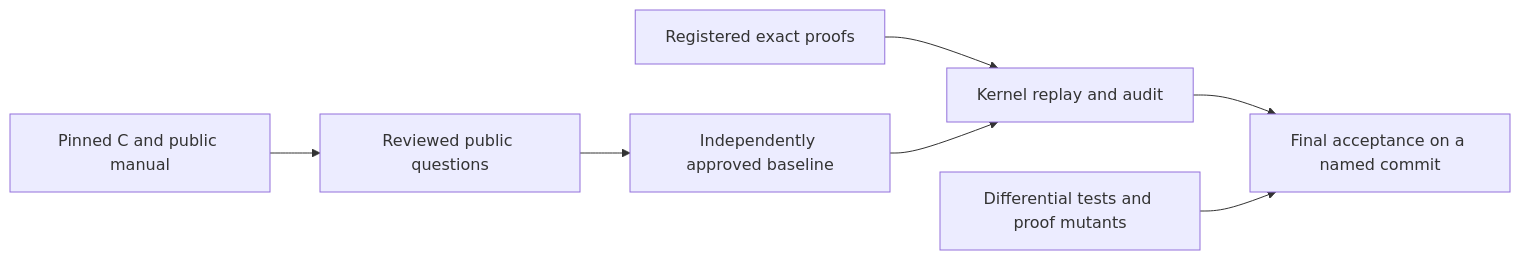
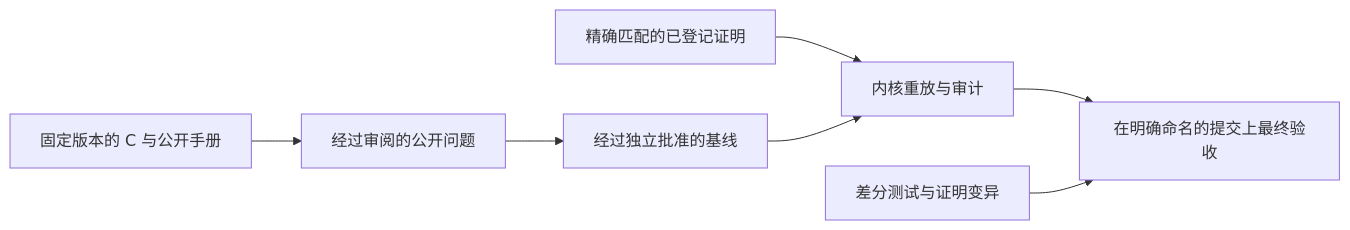
The diagram in site/translations/checking/README.zh.md (cla7aye15I4nd/zlib-f), drawn with Mermaid before and after one commit. The commit also changed other lines of this file and 61 other files, not shown here.

````diff
--- a/site/translations/checking/README.zh.md
+++ b/site/translations/checking/README.zh.md
@@ -25,9 +24,9 @@
 ```mermaid
 flowchart LR
-    H["Pinned C and public manual"] --> Q["Reviewed public questions"]
-    Q --> B["Independently approved baseline"]
-    P["Registered exact proofs"] --> K["Kernel replay and audit"]
+    H["固定版本的 C 与公开手册"] --> Q["经过审阅的公开问题"]
+    Q --> B["经过独立批准的基线"]
+    P["精确匹配的已登记证明"] --> K["内核重放与审计"]
     B --> K
-    K --> F["Final acceptance on a named commit"]
-    T["Differential tests and proof mutants"] --> F
+    K --> F["在明确命名的提交上最终验收"]
+    T["差分测试与证明变异"] --> F
 ```
````
